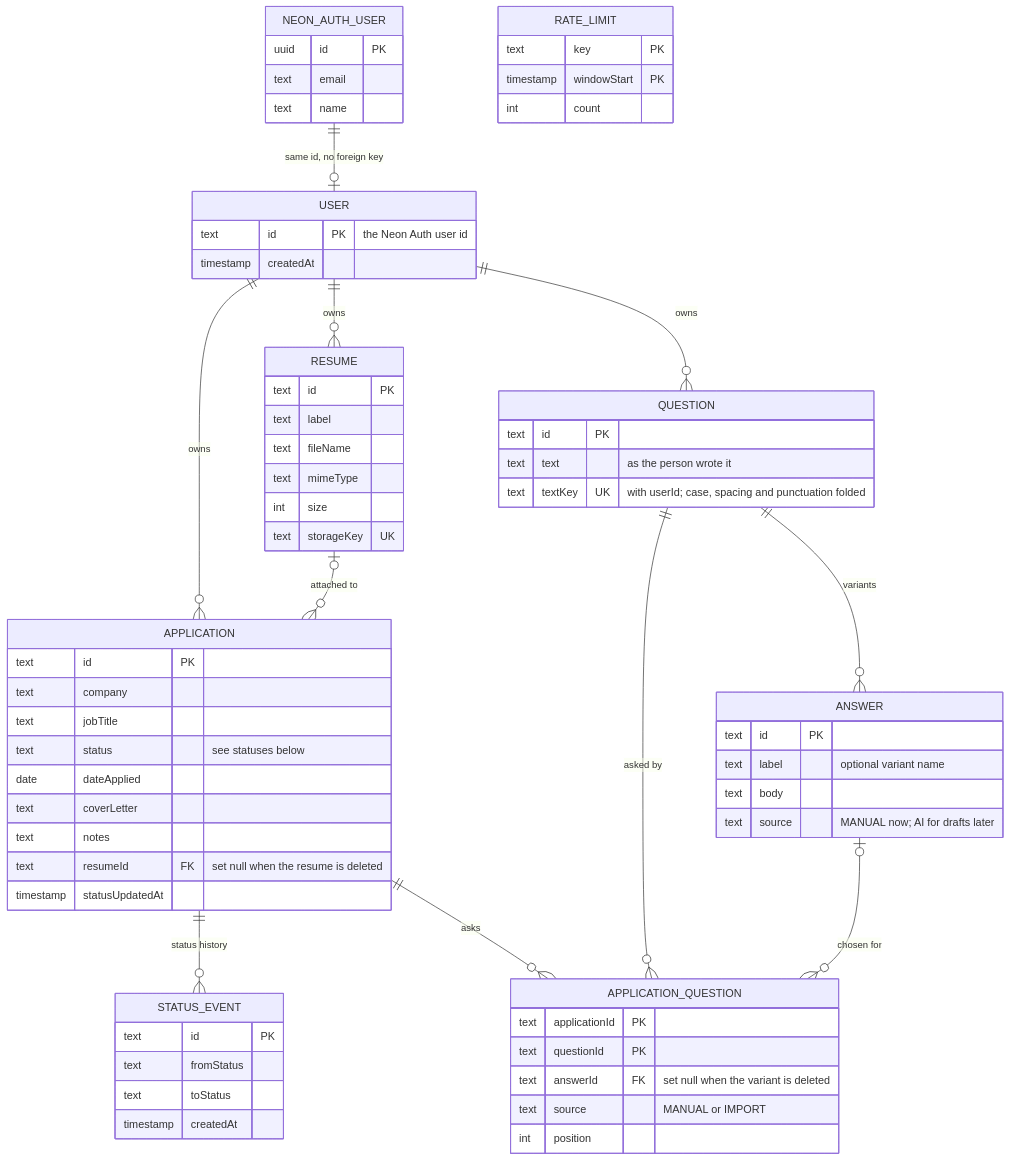
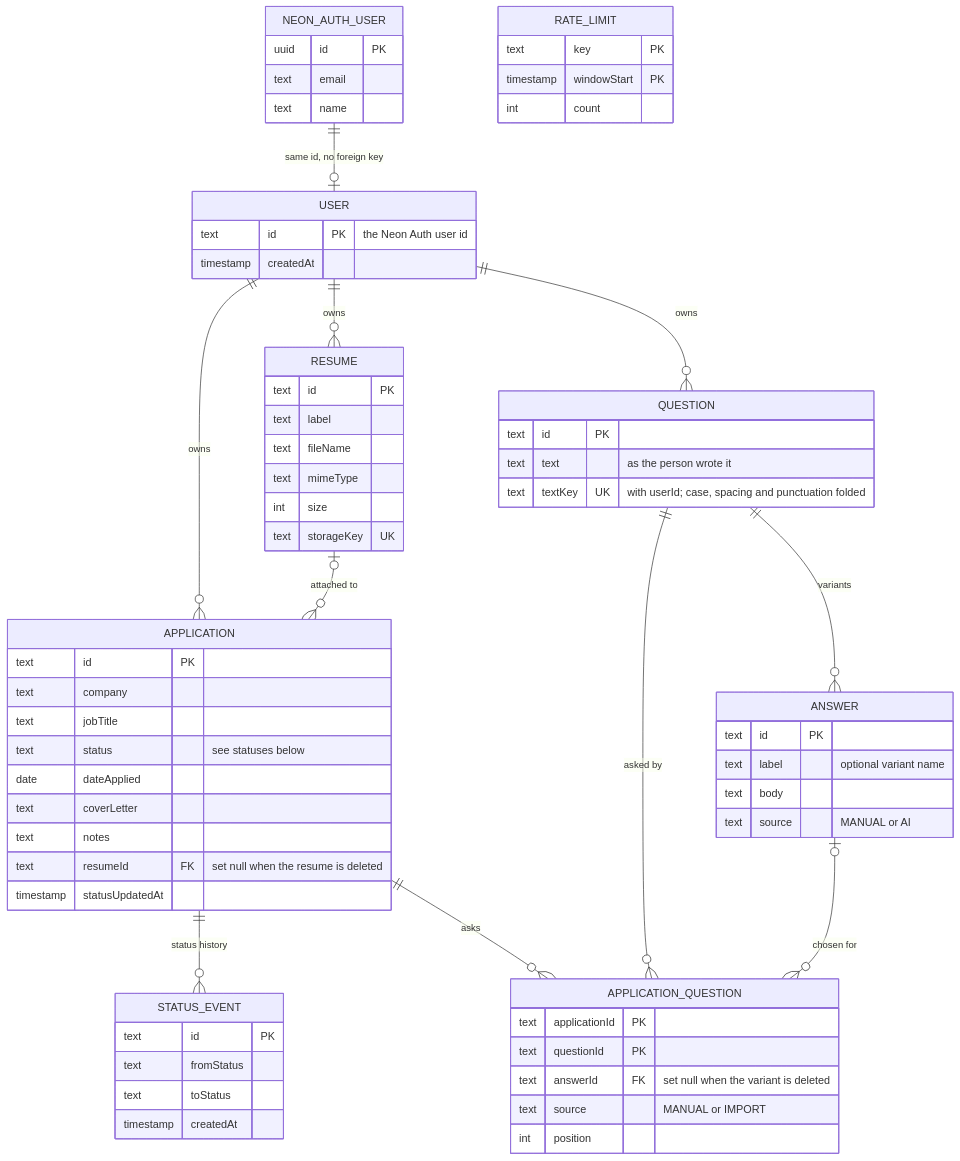
One commit to ssamkough/job-apps changed the fourth of 4 diagrams in README.md. Above: the diagram before and after it, drawn with Mermaid. The commit also changed other lines of this file and 13 other files, not shown here.

````diff
--- a/README.md
+++ b/README.md
@@ -129,71 +129,71 @@
 ```mermaid
 erDiagram
     NEON_AUTH_USER ||--o| USER : "same id, no foreign key"
     USER ||--o{ APPLICATION : owns
     USER ||--o{ RESUME : owns
     RESUME |o--o{ APPLICATION : "attached to"
     APPLICATION ||--o{ STATUS_EVENT : "status history"
     USER ||--o{ QUESTION : owns
     QUESTION ||--o{ ANSWER : "variants"
     APPLICATION ||--o{ APPLICATION_QUESTION : asks
     QUESTION ||--o{ APPLICATION_QUESTION : "asked by"
     ANSWER |o--o{ APPLICATION_QUESTION : "chosen for"
 
     NEON_AUTH_USER {
         uuid id PK
         text email
         text name
     }
     USER {
         text id PK "the Neon Auth user id"
         timestamp createdAt
     }
     APPLICATION {
         text id PK
         text company
         text jobTitle
         text status "see statuses below"
         date dateApplied
         text coverLetter
         text notes
         text resumeId FK "set null when the resume is deleted"
         timestamp statusUpdatedAt
     }
     RESUME {
         text id PK
         text label
         text fileName
         text mimeType
         int size
         text storageKey UK
     }
     STATUS_EVENT {
         text id PK
         text fromStatus
         text toStatus
         timestamp createdAt
     }
     QUESTION {
         text id PK
         text text "as the person wrote it"
         text textKey UK "with userId; case, spacing and punctuation folded"
     }
     ANSWER {
         text id PK
         text label "optional variant name"
         text body
-        text source "MANUAL now; AI for drafts later"
+        text source "MANUAL or AI"
     }
     APPLICATION_QUESTION {
         text applicationId PK
         text questionId PK
         text answerId FK "set null when the variant is deleted"
         text source "MANUAL or IMPORT"
         int position
     }
     RATE_LIMIT {
         text key PK
         timestamp windowStart PK
         int count
     }
 ```
````
